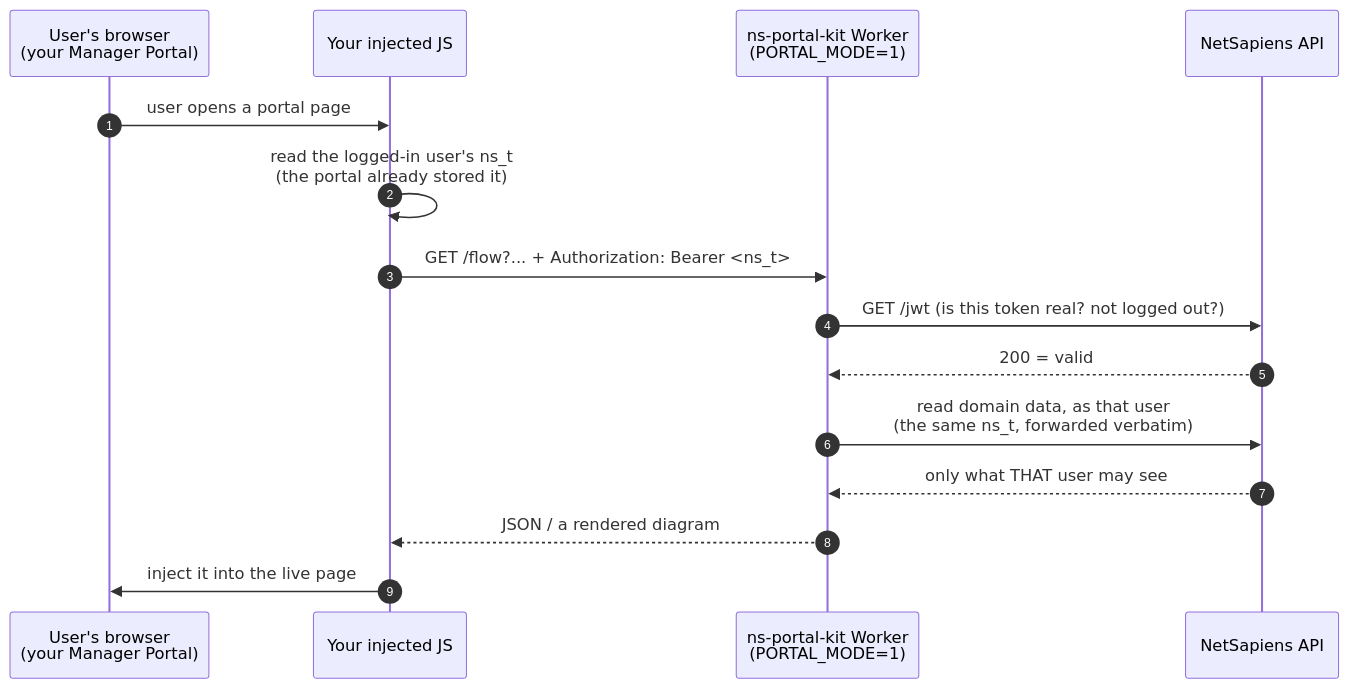
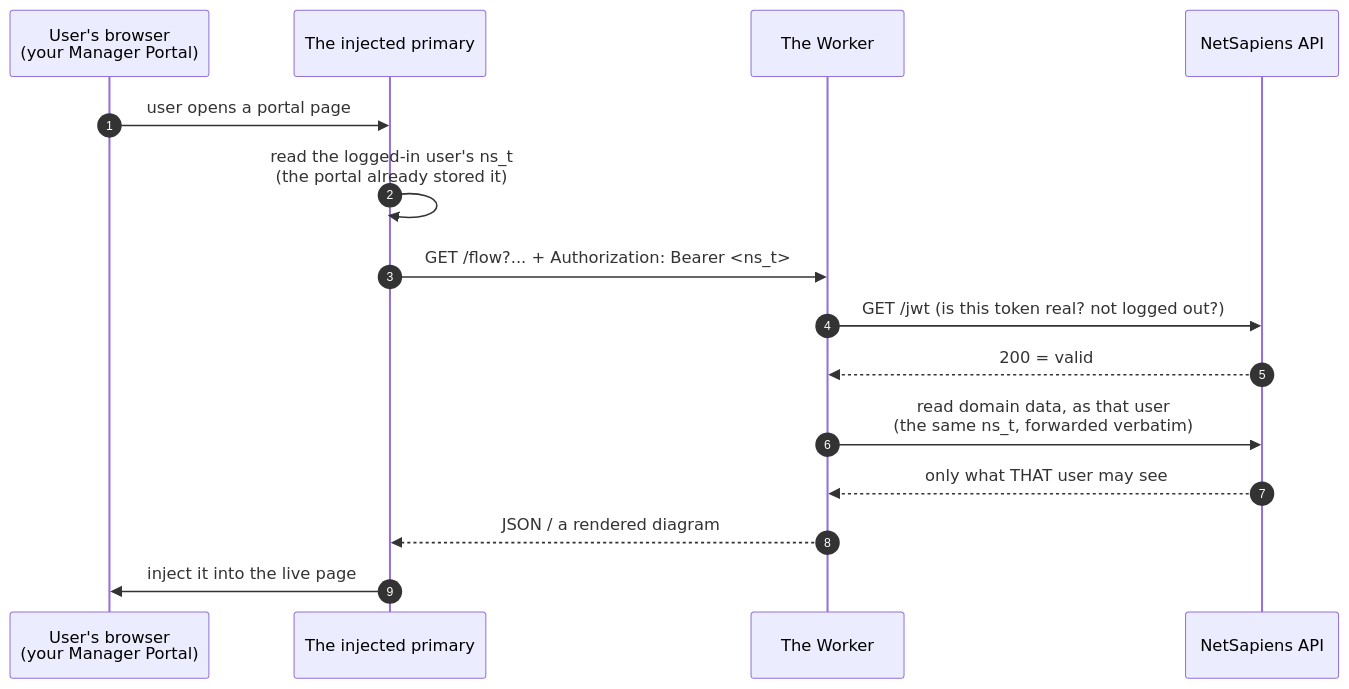
Before and after one commit to dszp/ns-portal-kit: the diagram in SETUP.md, drawn with Mermaid. The commit also changed other lines of this file and 28 other files, not shown here.

````diff
--- a/SETUP.md
+++ b/SETUP.md
@@ -741,18 +175,18 @@
 ```mermaid
 sequenceDiagram
     autonumber
     participant U as User's browser<br/>(your Manager Portal)
-    participant JS as Your injected JS
-    participant W as ns-portal-kit Worker<br/>(PORTAL_MODE=1)
+    participant JS as The injected primary
+    participant W as The Worker
     participant NS as NetSapiens API
 
     U->>JS: user opens a portal page
     JS->>JS: read the logged-in user's ns_t<br/>(the portal already stored it)
     JS->>W: GET /flow?... + Authorization: Bearer <ns_t>
     W->>NS: GET /jwt (is this token real? not logged out?)
     NS-->>W: 200 = valid
     W->>NS: read domain data, as that user<br/>(the same ns_t, forwarded verbatim)
     NS-->>W: only what THAT user may see
     W-->>JS: JSON / a rendered diagram
     JS->>U: inject it into the live page
 ```
````
